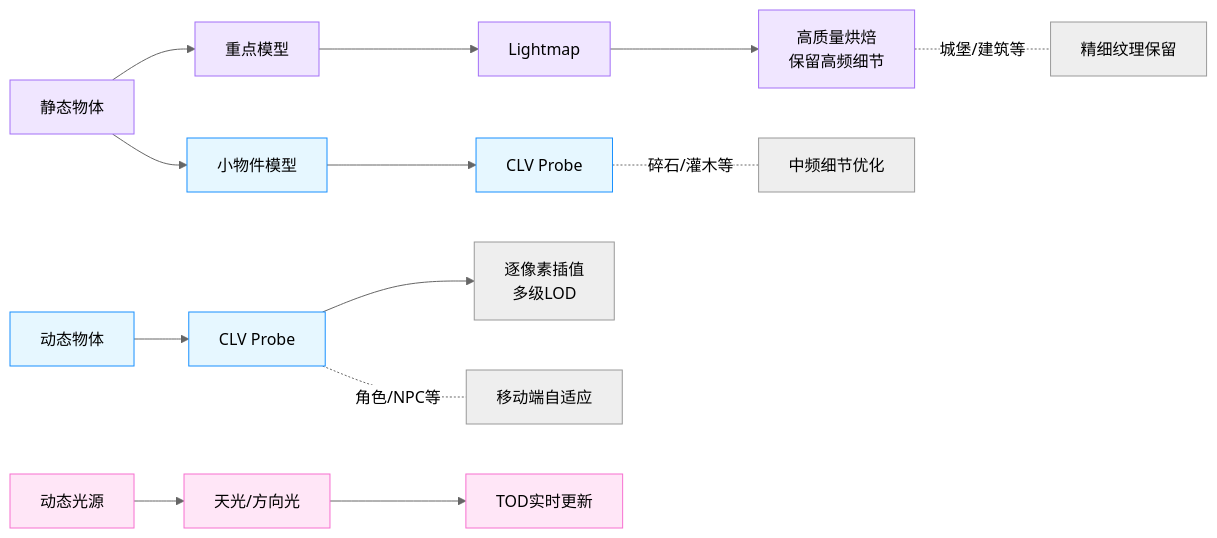
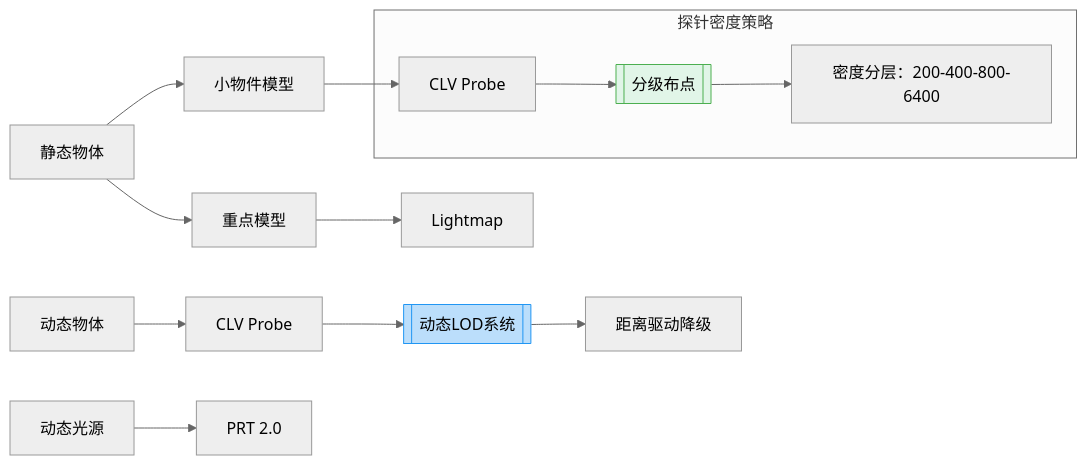
Before and after one commit to archieluan/iodraw-files: the diagram in all/未命名-5.md, drawn with Mermaid (neutral theme).

Commit message:
2025-07-08 10:54:58 update

````diff
--- a/all/未命名-5.md
+++ b/all/未命名-5.md
@@ -1,31 +1,21 @@
 ```mermaid
 graph LR
-    %% 静态物体分区
-    A[静态物体] --> A1[重点模型] --> A11[Lightmap]
-    A11 --> A111[高质量烘焙<br>保留高频细节]
-    A --> A2[小物件模型] --> A21[CLV Probe]
-    
-    %% 动态物体（与小物件共用CLV体系）
-    B[动态物体] --> B1[CLV Probe]
-    B1 --> B11[逐像素插值<br>多级LOD]
-    
-    %% 动态光源保持不变
-    C[动态光源] --> C1[天光/方向光]
-    C1 --> C11[TOD实时更新]
-    
-    %% 技术说明增强
-    A111 -.- |城堡/建筑等| H[精细纹理保留]
-    A21 -.- |碎石/灌木等| I[中频细节优化]
-    B1 -.- |角色/NPC等| J[移动端自适应]
-    
-    %% 统一CLV相关色系
-    classDef clvStyle fill:#e6f7ff,stroke:#1890ff
-    class A2,A21,B,B1 clvStyle
-    
-    %% 保持原图配色
-    classDef staticStyle fill:#f0e6ff,stroke:#a370f7
-    class A,A1,A11,A111 staticStyle
-    
-    classDef lightStyle fill:#ffe6f7,stroke:#f770d0
-    class C,C1,C11 lightStyle
+  %% 保留原基础框架
+  A[静态物体] --> A1[重点模型] --> A2[Lightmap]
+  A --> B[小物件模型] --> B1[CLV Probe]
+  
+  %% 新增分级标注
+  subgraph 探针密度策略
+    B1 --> C[[分级布点]]
+    C --> C1["密度分层：200-400-800-6400"]
+    style C fill:#e1f5e8,stroke:#4caf50
+  end
+  
+  %% 动态部分严格区分
+  D[动态物体] --> D1[CLV Probe] 
+  D1 --> D2[[动态LOD系统]] 
+  D2 --> D3[距离驱动降级]
+  style D2 fill:#bbdefb,stroke:#2196f3
+  
+  E[动态光源] --> E1[PRT 2.0]
 ```
````
